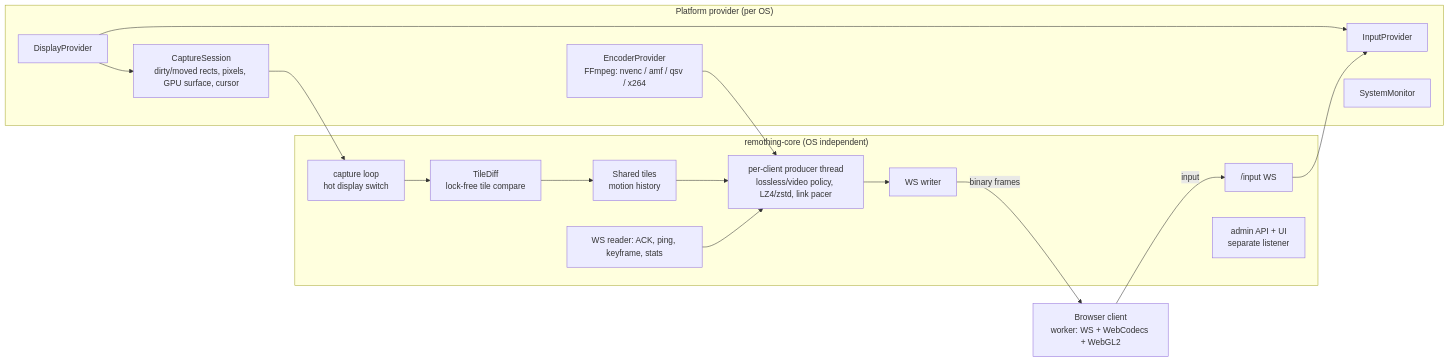
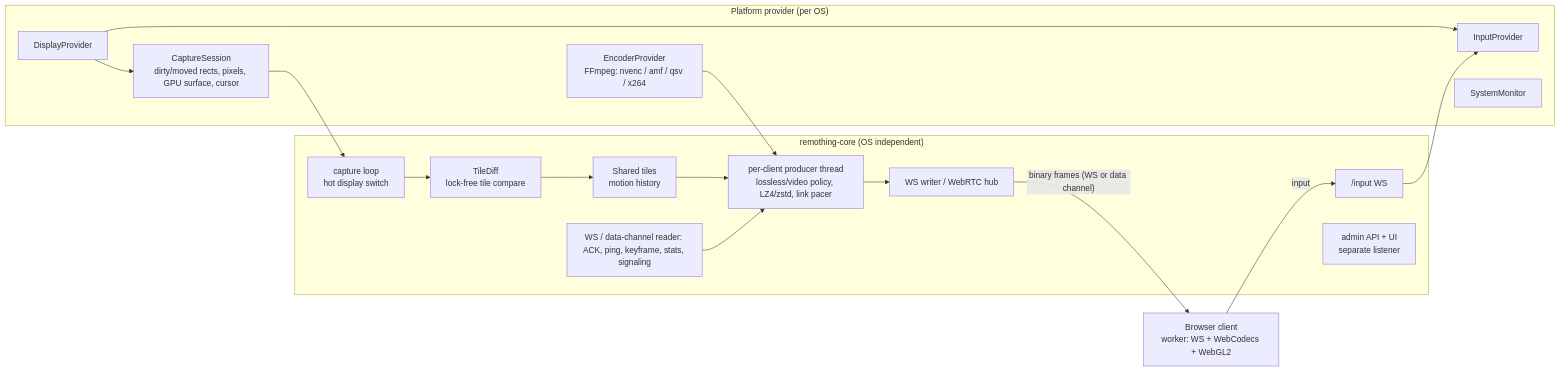
The first of 2 diagrams in docs/ARCHITECTURE.md (victor141516/remothing), drawn with Mermaid before and after one commit. The commit also changed other lines of this file and 21 other files, not shown here.

First line of the commit message:
WebRTC data channel transport chosen by round trip, WebSocket fallback

````diff
--- a/docs/ARCHITECTURE.md
+++ b/docs/ARCHITECTURE.md
@@ -7,22 +7,22 @@
 ```mermaid
 flowchart LR
   subgraph Provider["Platform provider (per OS)"]
     D[DisplayProvider] --> C[CaptureSession<br/>dirty/moved rects, pixels, GPU surface, cursor]
     D --> I[InputProvider]
     E[EncoderProvider<br/>FFmpeg: nvenc / amf / qsv / x264]
     M[SystemMonitor]
   end
   subgraph Core["remothing-core (OS independent)"]
     CL[capture loop<br/>hot display switch] --> TD[TileDiff<br/>lock-free tile compare]
     TD --> S[Shared tiles<br/>motion history]
     S --> P[per-client producer thread<br/>lossless/video policy, LZ4/zstd, link pacer]
-    P --> W[WS writer]
-    R[WS reader: ACK, ping, keyframe, stats] --> P
+    P --> W[WS writer / WebRTC hub]
+    R[WS / data-channel reader: ACK, ping, keyframe, stats, signaling] --> P
     IN["/input WS"] --> I
     A[admin API + UI<br/>separate listener]
   end
   C --> CL
   E --> P
-  W -->|binary frames| B[Browser client<br/>worker: WS + WebCodecs + WebGL2]
+  W -->|"binary frames (WS or data channel)"| B[Browser client<br/>worker: WS + WebCodecs + WebGL2]
   B -->|input| IN
 ```
````
